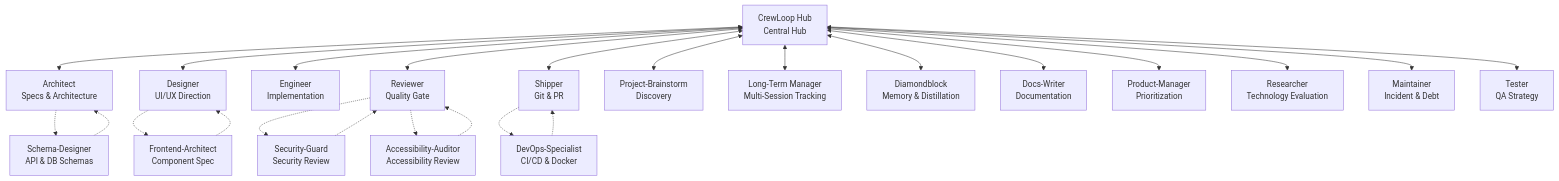
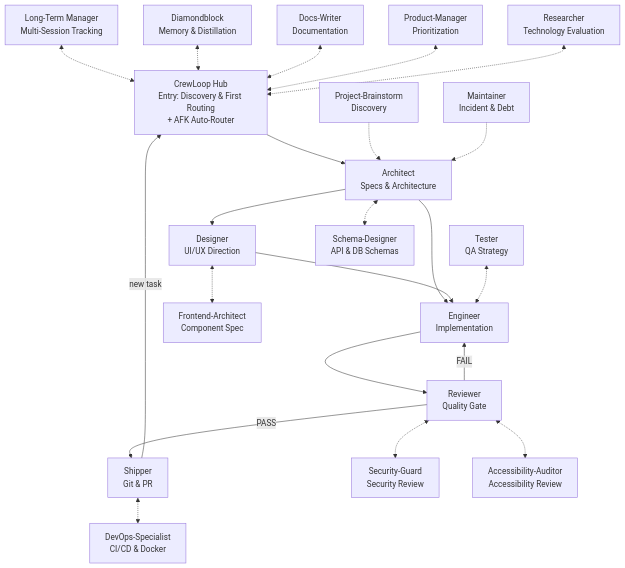
The diagram in README.md (leorsousa05/CrewLoop), drawn with Mermaid before and after one commit. The commit also changed other lines of this file and 31 other files, not shown here.

````diff
--- a/README.md
+++ b/README.md
@@ -147,28 +149,26 @@
 ```mermaid
 flowchart TD
-    O["CrewLoop Hub\nCentral Hub"] <--> A["Architect\nSpecs & Architecture"]
-    O <--> D["Designer\nUI/UX Direction"]
-    O <--> E["Engineer\nImplementation"]
-    O <--> R["Reviewer\nQuality Gate"]
-    O <--> S["Shipper\nGit & PR"]
-    O <--> PB["Project-Brainstorm\nDiscovery"]
-    O <--> LTM["Long-Term Manager\nMulti-Session Tracking"]
-    O <--> DB["Diamondblock\nMemory & Distillation"]
-    O <--> W["Docs-Writer\nDocumentation"]
-    O <--> PM["Product-Manager\nPrioritization"]
-    O <--> RS["Researcher\nTechnology Evaluation"]
-    O <--> MN["Maintainer\nIncident & Debt"]
-    O <--> T["Tester\nQA Strategy"]
+    O["CrewLoop Hub\nEntry: Discovery & First Routing\n+ AFK Auto-Router"] --> A["Architect\nSpecs & Architecture"]
+    A --> D["Designer\nUI/UX Direction"]
+    A --> E["Engineer\nImplementation"]
+    D --> E
+    E --> R["Reviewer\nQuality Gate"]
+    R -->|PASS| S["Shipper\nGit & PR"]
+    R -->|FAIL| E
+    S -->|new task| O
 
-    A -.-> SD["Schema-Designer\nAPI & DB Schemas"]
-    SD -.-> A
-    D -.-> FA["Frontend-Architect\nComponent Spec"]
-    FA -.-> D
-    S -.-> DO["DevOps-Specialist\nCI/CD & Docker"]
-    DO -.-> S
+    PB["Project-Brainstorm\nDiscovery"] -.-> A
+    LTM["Long-Term Manager\nMulti-Session Tracking"] <-.-> O
+    DB["Diamondblock\nMemory & Distillation"] <-.-> O
+    W["Docs-Writer\nDocumentation"] <-.-> O
+    PM["Product-Manager\nPrioritization"] <-.-> O
+    RS["Researcher\nTechnology Evaluation"] <-.-> O
+    MN["Maintainer\nIncident & Debt"] -.-> A
+    T["Tester\nQA Strategy"] <-.-> E
 
-    SG["Security-Guard\nSecurity Review"] -.-> R
-    AA["Accessibility-Auditor\nAccessibility Review"] -.-> R
-    R -.-> SG
-    R -.-> AA
+    A <-.-> SD["Schema-Designer\nAPI & DB Schemas"]
+    D <-.-> FA["Frontend-Architect\nComponent Spec"]
+    S <-.-> DO["DevOps-Specialist\nCI/CD & Docker"]
+    R <-.-> SG["Security-Guard\nSecurity Review"]
+    R <-.-> AA["Accessibility-Auditor\nAccessibility Review"]
 ```
````
